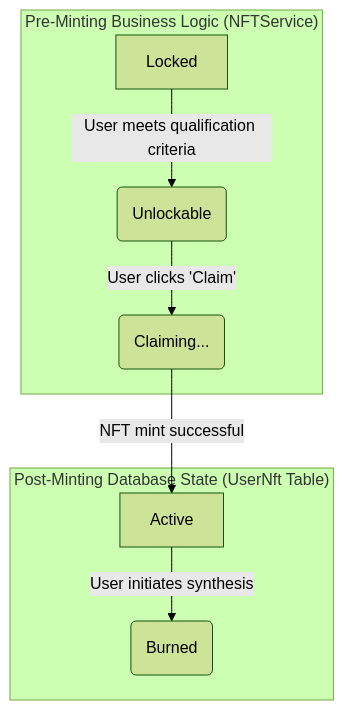
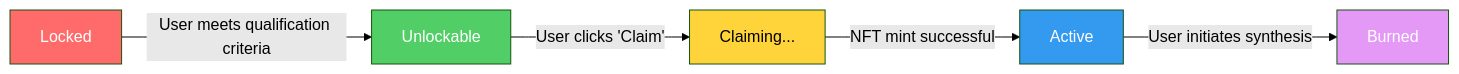
Before and after one commit to ljg-cqu/aiw3-nft-solana: the diagram in docs/business/AIW3-NFT-Business-Rules-and-Flows.md, drawn with Mermaid (forest theme).

Commit message:
docs: update NFT status flow diagram with improved layout and styling

````diff
--- a/docs/business/AIW3-NFT-Business-Rules-and-Flows.md
+++ b/docs/business/AIW3-NFT-Business-Rules-and-Flows.md
@@ -46,13 +46,13 @@
 ```mermaid
-graph TD
-        subgraph "Pre-Minting Business Logic (NFTService)"
-        A[Locked] -->|User meets qualification criteria| B(Unlockable)
-        B -->|User clicks 'Claim'| C(Claiming...)
-    end
-
-        subgraph "Post-Minting Database State (UserNft Table)"
-        D[Active] -->|User initiates synthesis| E(Burned)
-    end
-
-    C -->|NFT mint successful| D
+flowchart LR
+    A[Locked] -->|User meets qualification criteria| B[Unlockable]
+    B -->|User clicks 'Claim'| C[Claiming...]
+    C -->|NFT mint successful| D[Active]
+    D -->|User initiates synthesis| E[Burned]
+    
+    style A fill:#ff6b6b,color:#fff
+    style B fill:#51cf66,color:#fff
+    style C fill:#ffd43b,color:#000
+    style D fill:#339af0,color:#fff
+    style E fill:#e599f7,color:#fff
 ```
````
